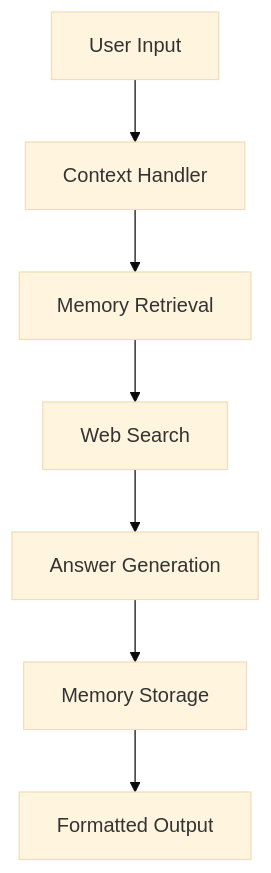
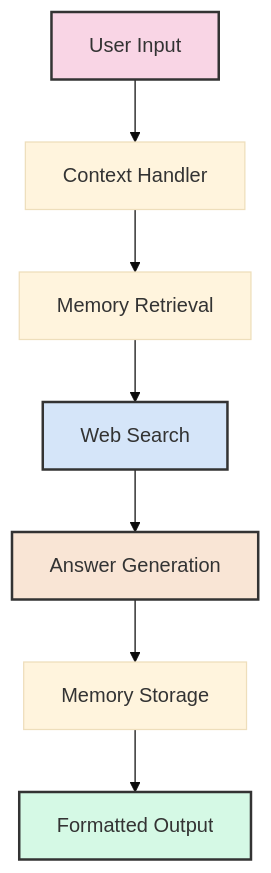
One commit to tanush1852/Search_Engine changed the diagram in README.md. Above: the diagram before and after it, drawn with Mermaid (base theme). The commit also changed other lines of this file, not shown here.

````diff
--- a/README.md
+++ b/README.md
@@ -15,10 +18,14 @@
 ```mermaid
 graph TD
     A[User Input] --> B[Context Handler]
     B --> C[Memory Retrieval]
     C --> D[Web Search]
     D --> E[Answer Generation]
     E --> F[Memory Storage]
     F --> G[Formatted Output]
-
+    
+    style A fill:#f9d5e5,stroke:#333,stroke-width:2px
+    style G fill:#d5f9e5,stroke:#333,stroke-width:2px
+    style D fill:#d5e5f9,stroke:#333,stroke-width:2px
+    style E fill:#f9e5d5,stroke:#333,stroke-width:2px
 ```
````
